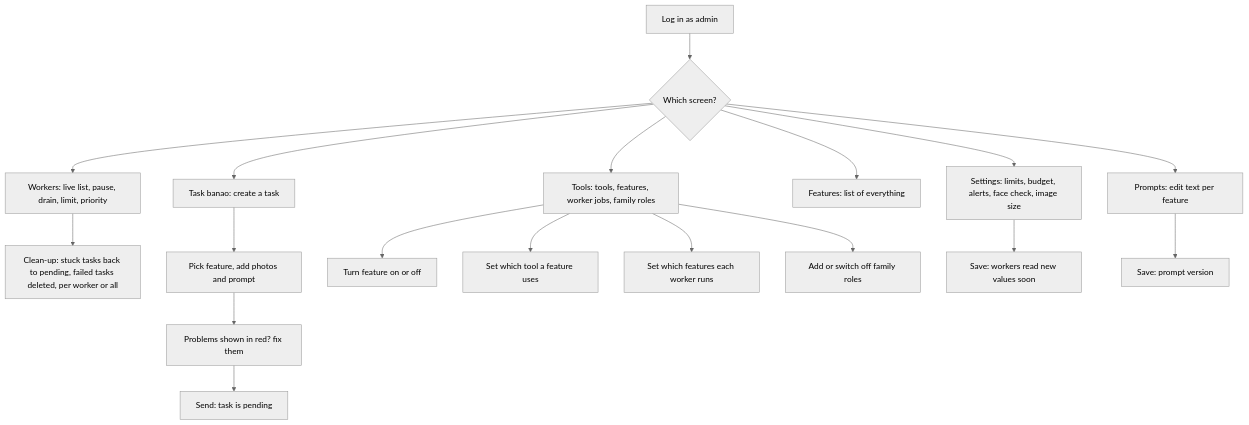
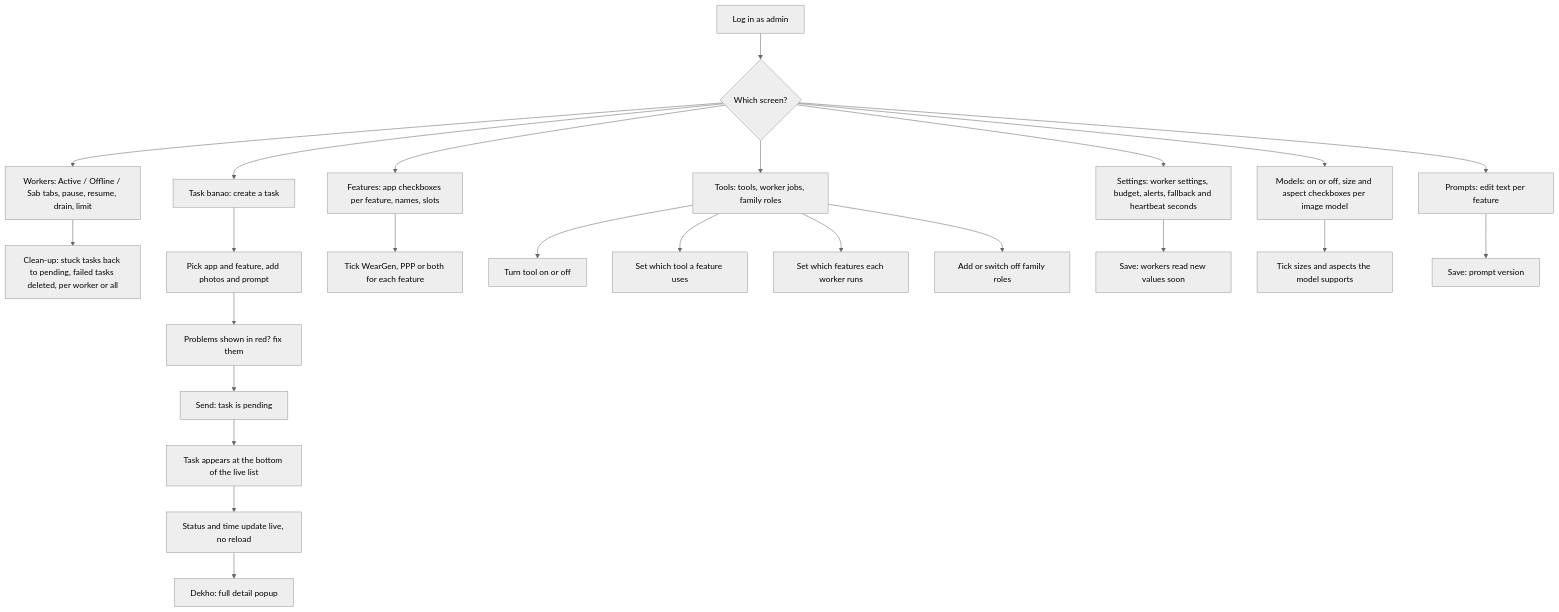
The third of 14 diagrams in docs/FLOW.md (kambojsaab300/AI-Studio), drawn with Mermaid (neutral theme) before and after one commit. The commit also changed other lines of this file and 11 other files, not shown here.

````diff
--- a/docs/FLOW.md
+++ b/docs/FLOW.md
@@ -77,20 +81,26 @@
 ```mermaid
 flowchart TD
     A[Log in as admin] --> B{Which screen?}
     B --> T[Task banao: create a task]
-    B --> W[Workers: live list, pause, drain, limit, priority]
+    B --> W[Workers: Active / Offline / Sab tabs, pause, resume, drain, limit]
     W --> WC[Clean-up: stuck tasks back to pending, failed tasks deleted, per worker or all]
-    B --> TL[Tools: tools, features, worker jobs, family roles]
-    B --> F[Features: list of everything]
+    B --> TL[Tools: tools, worker jobs, family roles]
+    B --> F[Features: app checkboxes per feature, names, slots]
     B --> P[Prompts: edit text per feature]
-    B --> S[Settings: limits, budget, alerts, face check, image size]
-    T --> T1[Pick feature, add photos and prompt]
+    B --> S[Settings: worker settings, budget, alerts, fallback and heartbeat seconds]
+    B --> M[Models: on or off, size and aspect checkboxes per image model]
+    T --> T1[Pick app and feature, add photos and prompt]
     T1 --> T2[Problems shown in red? fix them]
     T2 --> T3[Send: task is pending]
-    TL --> TL1[Turn feature on or off]
+    T3 --> T4[Task appears at the bottom of the live list]
+    T4 --> T5[Status and time update live, no reload]
+    T5 --> T6[Dekho: full detail popup]
+    F --> F1[Tick WearGen, PPP or both for each feature]
+    TL --> TL1[Turn tool on or off]
     TL --> TL2[Set which tool a feature uses]
     TL --> TL3[Set which features each worker runs]
     TL --> TL4[Add or switch off family roles]
     S --> S1[Save: workers read new values soon]
+    M --> M1[Tick sizes and aspects the model supports]
     P --> P1[Save: prompt version]
 ```
````
